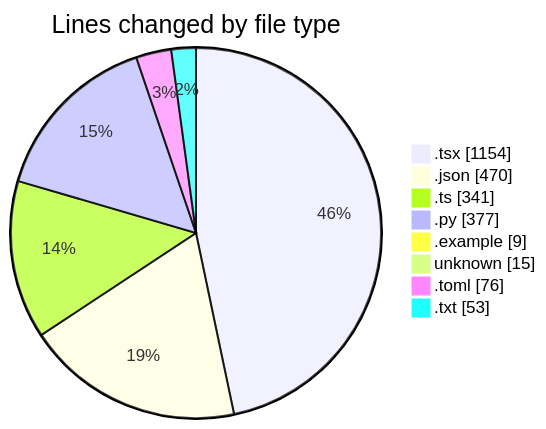
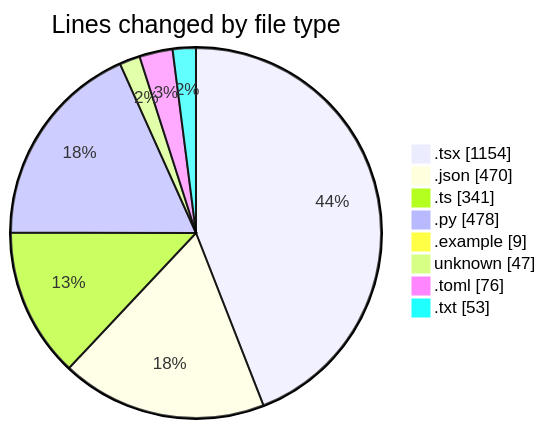
One commit to Elitesun/code-tracking changed the first of 2 diagrams in 2025-04-30/niten/README.md. Above: the diagram before and after it, drawn with Mermaid. The commit also changed other lines of this file and 1 other file, not shown here.

````diff
--- a/2025-04-30/niten/README.md
+++ b/2025-04-30/niten/README.md
@@ -57,12 +57,12 @@
 ```mermaid
 pie showData
 title Lines changed by file type
 ".tsx" : 1154
 ".json" : 470
 ".ts" : 341
-".py" : 377
+".py" : 478
 ".example" : 9
-"unknown" : 15
+"unknown" : 47
 ".toml" : 76
 ".txt" : 53
 ```
````
